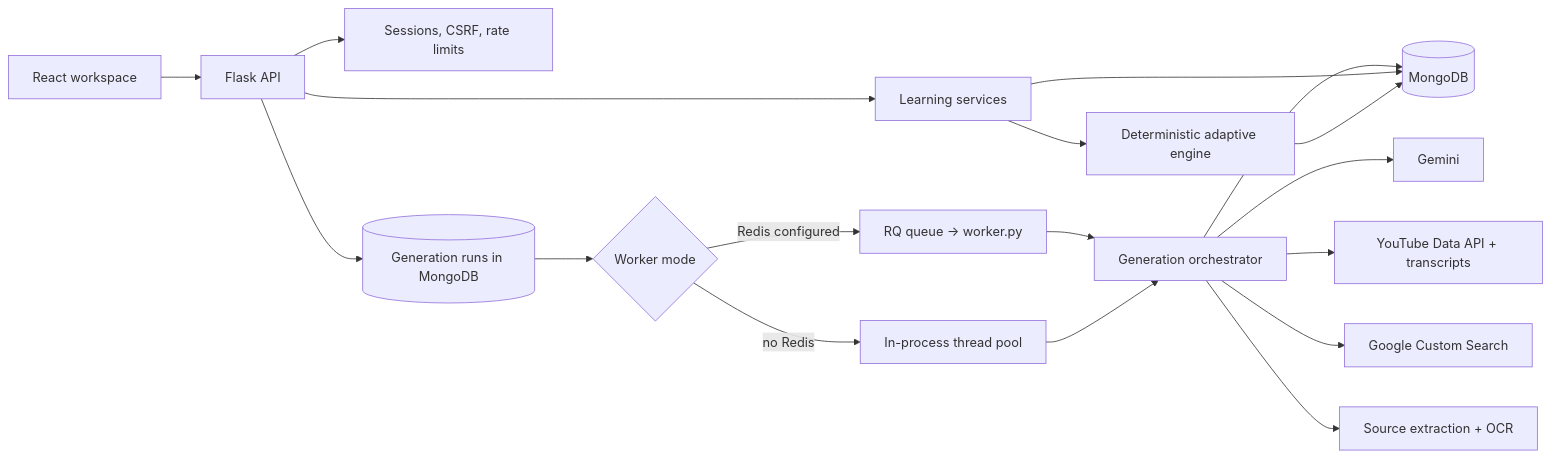
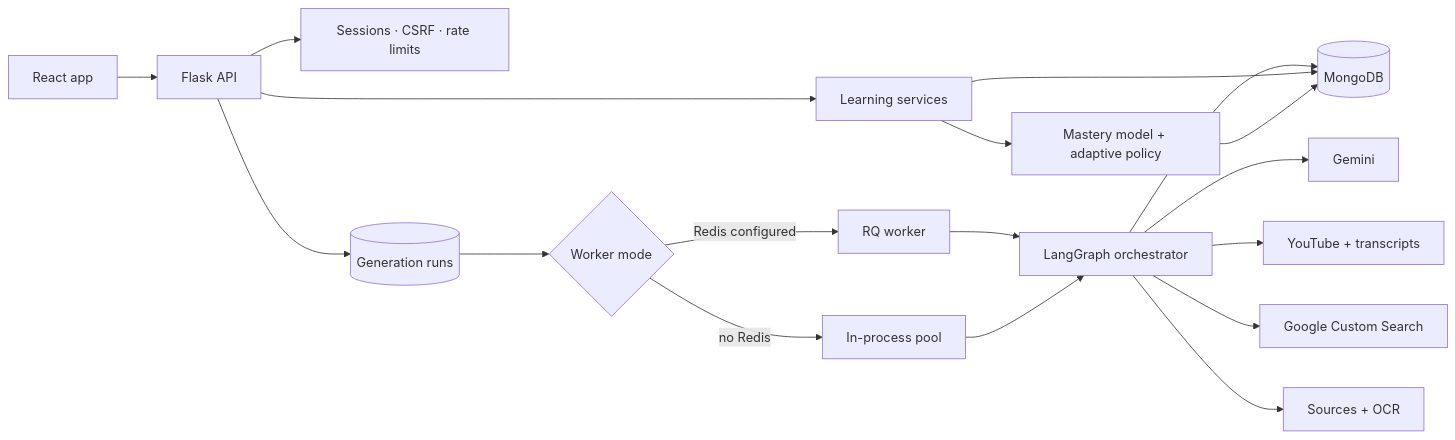
Before and after one commit to rsrsp21/LexinitAI: the first of 3 diagrams in README.md, drawn with Mermaid. The commit also changed other lines of this file, not shown here.

````diff
--- a/README.md
+++ b/README.md
@@ -36,20 +114,20 @@
 ```mermaid
 flowchart LR
-    UI[React workspace] --> API[Flask API]
-    API --> SEC[Sessions, CSRF, rate limits]
+    UI[React app] --> API[Flask API]
+    API --> SEC[Sessions · CSRF · rate limits]
     API --> LEARN[Learning services]
-    API --> RUNS[(Generation runs in MongoDB)]
+    API --> RUNS[(Generation runs)]
     RUNS --> DISPATCH{Worker mode}
-    DISPATCH -->|Redis configured| RQ[RQ queue → worker.py]
-    DISPATCH -->|no Redis| LOCAL[In-process thread pool]
-    RQ --> ORCH[Generation orchestrator]
+    DISPATCH -->|Redis configured| RQ[RQ worker]
+    DISPATCH -->|no Redis| LOCAL[In-process pool]
+    RQ --> ORCH[LangGraph orchestrator]
     LOCAL --> ORCH
     ORCH --> GEMINI[Gemini]
-    ORCH --> YT[YouTube Data API + transcripts]
+    ORCH --> YT[YouTube + transcripts]
     ORCH --> SEARCH[Google Custom Search]
-    ORCH --> SRC[Source extraction + OCR]
-    ORCH --> MONGO[(MongoDB)]
-    LEARN --> ADAPT[Deterministic adaptive engine]
-    LEARN --> MONGO
-    ADAPT --> MONGO
+    ORCH --> SRC[Sources + OCR]
+    ORCH --> DB[(MongoDB)]
+    LEARN --> ADAPT[Mastery model + adaptive policy]
+    LEARN --> DB
+    ADAPT --> DB
 ```
````
